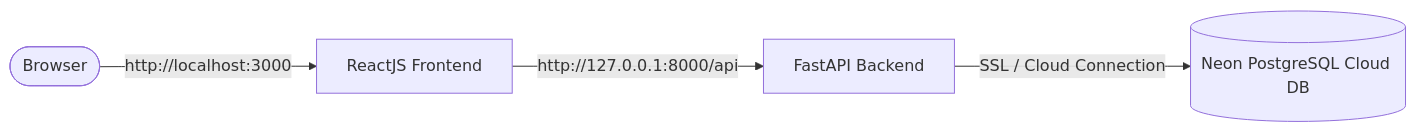
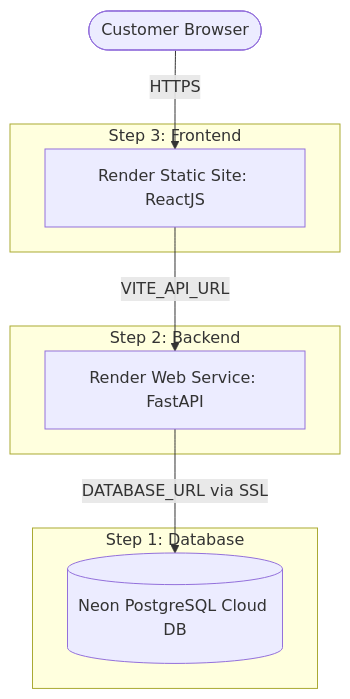
One commit to Dinesh-6512/Ecommerce_new changed the diagram in DEPLOYMENT.md. Above: the diagram before and after it, drawn with Mermaid. The commit also changed other lines of this file and 3 other files, not shown here.

Commit message:
Update DEPLOYMENT.md with Render cloud deployment plan and improve backend imports

````diff
--- a/DEPLOYMENT.md
+++ b/DEPLOYMENT.md
@@ -15,6 +11,16 @@
 ```mermaid
-graph LR
-    Browser([Browser]) -->|http://localhost:3000| Frontend[ReactJS Frontend]
-    Frontend -->|http://127.0.0.1:8000/api| Backend[FastAPI Backend]
-    Backend -->|SSL / Cloud Connection| Neon[(Neon PostgreSQL Cloud DB)]
+graph TD
+    subgraph Step 1: Database
+    A[(Neon PostgreSQL Cloud DB)]
+    end
+
+    subgraph Step 2: Backend
+    B[Render Web Service: FastAPI] -->|DATABASE_URL via SSL| A
+    end
+
+    subgraph Step 3: Frontend
+    C[Render Static Site: ReactJS] -->|VITE_API_URL| B
+    end
+
+    Browser([Customer Browser]) -->|HTTPS| C
 ```
````
